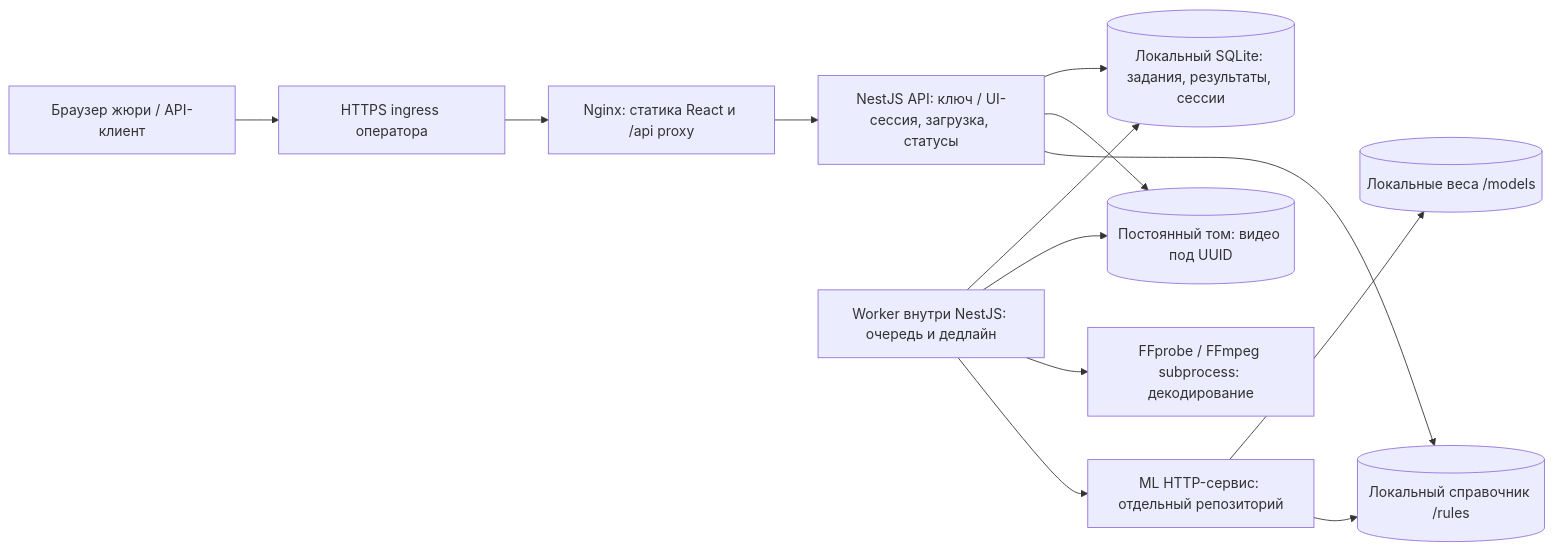
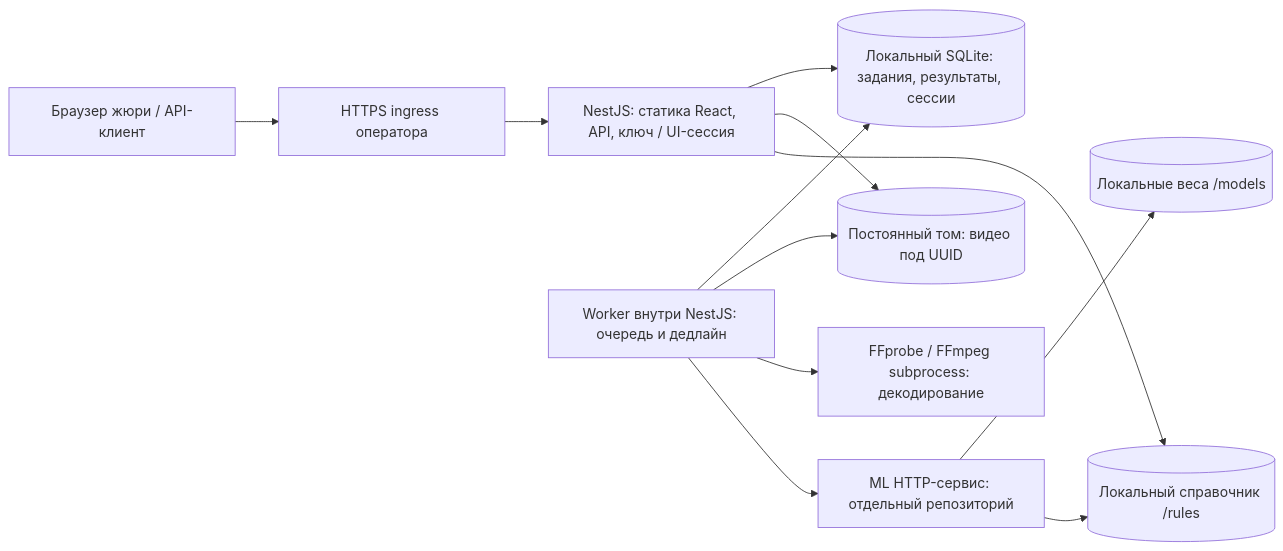
The diagram in docs/architecture.md (JASIK-hub/godo_fb), drawn with Mermaid before and after one commit. The commit also changed other lines of this file and 12 other files, not shown here.

````diff
--- a/docs/architecture.md
+++ b/docs/architecture.md
@@ -21,15 +21,14 @@
 ```mermaid
 flowchart LR
     J[Браузер жюри / API-клиент] --> TLS[HTTPS ingress оператора]
-    TLS --> N[Nginx: статика React и /api proxy]
-    N --> A[NestJS API: ключ / UI-сессия, загрузка, статусы]
+    TLS --> A[NestJS: статика React, API, ключ / UI-сессия]
     A --> S[(Локальный SQLite: задания, результаты, сессии)]
     A --> V[(Постоянный том: видео под UUID)]
     W[Worker внутри NestJS: очередь и дедлайн] --> S
     W --> V
     W --> F[FFprobe / FFmpeg subprocess: декодирование]
     W --> M[ML HTTP-сервис: отдельный репозиторий]
     M --> P[(Локальные веса /models)]
     M --> R[(Локальный справочник /rules)]
     A --> R
 ```
````
